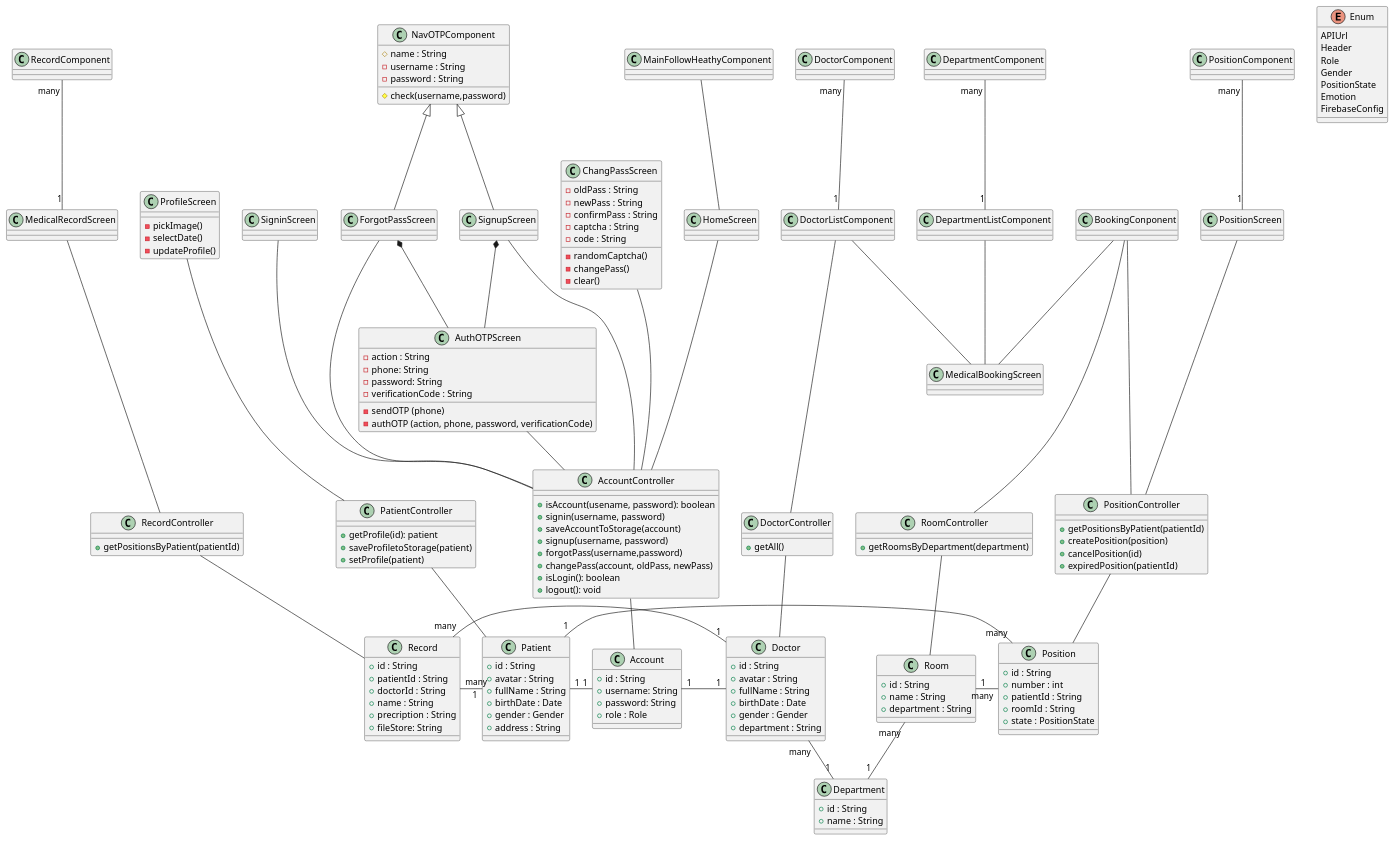
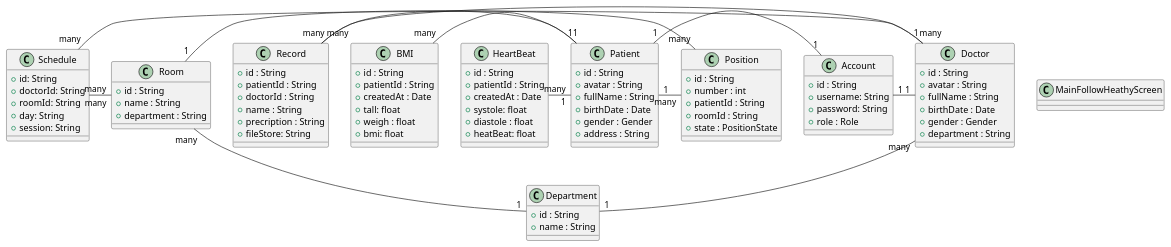
The diagram in class_old.puml (lenhatthuan/My-Doctor), drawn with PlantUML before and after one commit. The commit also changed 12 other files, not shown here.

```diff
--- a/class_old.puml
+++ b/class_old.puml
@@ -1,180 +1,95 @@
 @startuml MobileApp
 
-class MainFollowHeathyComponent {
+class MainFollowHeathyScreen {
 
 }
 
-MainFollowHeathyComponent -- HomeScreen
-
-enum Enum{
-    APIUrl
-    Header
-    Role
-    Gender
-    PositionState
-    Emotion
-    FirebaseConfig
+class Schedule {
+    + id: String
+    + doctorId: String
+    + roomId: String
+    + day: String
+    + session: String
 }
 
-class NavOTPComponent{
-    # name : String
-    - username : String
-    - password : String
-    # check(username,password)
+class HeartBeat{ 
+    + id : String
+    + patientId : String
+    + createdAt : Date
+    + systole: float
+    + diastole : float
+    + heatBeat: float
 }
 
-class SigninScreen{
-
+class BMI{
+    + id : String
+    + patientId : String
+    + createdAt : Date
+    + tall: float
+    + weigh : float
+    + bmi: float
 }
 
-class AuthOTPScreen{
-    - action : String
-    - phone: String
-    - password: String
-    - verificationCode : String   
-    - sendOTP (phone)
-    - authOTP (action, phone, password, verificationCode) 
-}
-class HomeScreen{
 
-}
-class ChangPassScreen{
-    - oldPass : String
-    - newPass : String
-    - confirmPass : String
-    - captcha : String
-    - code : String
-    - randomCaptcha()
-    - changePass()
-    - clear()
-}
-class ProfileScreen{
-    - pickImage()
-    - selectDate()
-    - updateProfile()
-}
-
-class AccountController{
-    + isAccount(usename, password): boolean
-    + signin(username, password)
-    + saveAccountToStorage(account)
-    + signup(username, password)
-    + forgotPass(username,password)
-    + changePass(account, oldPass, newPass)
-    + isLogin(): boolean
-    + logout(): void
-}
-class PatientController{
-    + getProfile(id): patient
-    + saveProfiletoStorage(patient)
-    + setProfile(patient)
-}
-class DoctorController{
-    + getAll()
-}
-class RoomController{
-    + getRoomsByDepartment(department)
-}
-class PositionController{
-    + getPositionsByPatient(patientId)
-    + createPosition(position)
-    + cancelPosition(id)
-    + expiredPosition(patientId)
-}
-class RecordController{
-    + getPositionsByPatient(patientId)
-}
 
 class Account{
     + id : String
     + username: String
     + password: String
     + role : Role
 }
 class Patient{
     + id : String
     + avatar : String
     + fullName : String
     + birthDate : Date
     + gender : Gender
     + address : String
 }
 class Department{
     + id : String
     + name : String
 }
 class Doctor{
     + id : String
     + avatar : String
     + fullName : String
     + birthDate : Date
     + gender : Gender
     + department : String
 }
 class Room{
     + id : String
     + name : String
     + department : String
 }
 class Position{
     + id : String
     + number : int
     + patientId : String
     + roomId : String
     + state : PositionState
 }
 class Record{
     + id : String
     + patientId : String
     + doctorId : String
     + name : String
     + precription : String
     + fileStore: String
 }
-NavOTPComponent <|-- SignupScreen
-NavOTPComponent <|-- ForgotPassScreen
-SignupScreen *-- AuthOTPScreen
-ForgotPassScreen *-- AuthOTPScreen
-
-DoctorComponent "many" -- "1" DoctorListComponent
-DoctorListComponent -- MedicalBookingScreen
-DepartmentComponent "many" -- "1" DepartmentListComponent
-DepartmentListComponent -- MedicalBookingScreen
-BookingConponent -- MedicalBookingScreen
-
-PositionComponent "many" -- "1" PositionScreen
-RecordComponent "many" -- "1" MedicalRecordScreen
-
-SigninScreen --- AccountController
-SignupScreen --- AccountController
-ForgotPassScreen --- AccountController
-AuthOTPScreen -- AccountController
-HomeScreen --- AccountController
-ChangPassScreen --- AccountController
-
-ProfileScreen --- PatientController
-DoctorListComponent --- DoctorController
-
-BookingConponent --- PositionController
-BookingConponent --- RoomController
-PositionScreen --- PositionController
-
-MedicalRecordScreen --- RecordController
-
-AccountController -- Account
-PatientController -- Patient
-RoomController -- Room
-DoctorController -- Doctor
-PositionController -- Position
-RecordController -- Record
 
 Patient "1" - "1" Account
 Account "1" - "1" Doctor
 Doctor "many" -- "1" Department
 Room "many" -- "1" Department
 Patient "1" - "many" Position
 Room "1" - "many" Position
 Record "many" - "1" Patient
 Record "many" - "1" Doctor
 
+BMI "many" - "1" Patient
+HeartBeat "many" - "1" Patient
+Schedule "many" - "many" Doctor
+Schedule "many" - "many" Room
 @enduml
```
